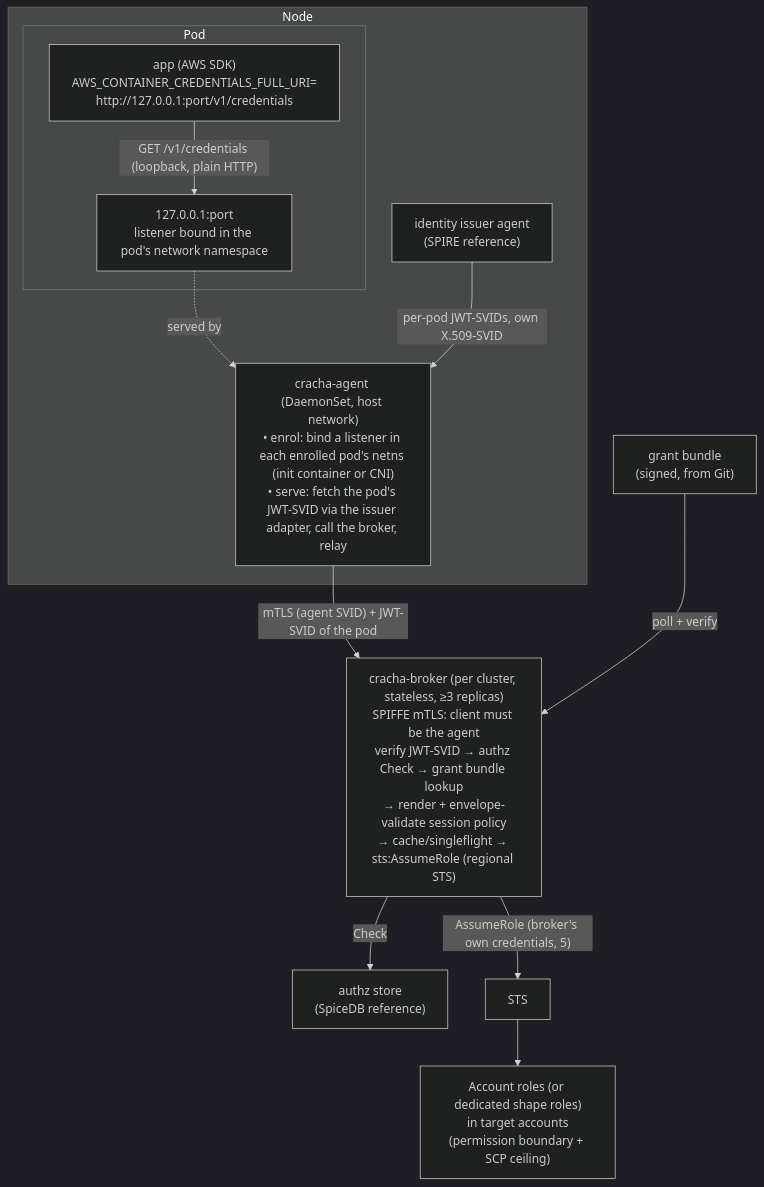
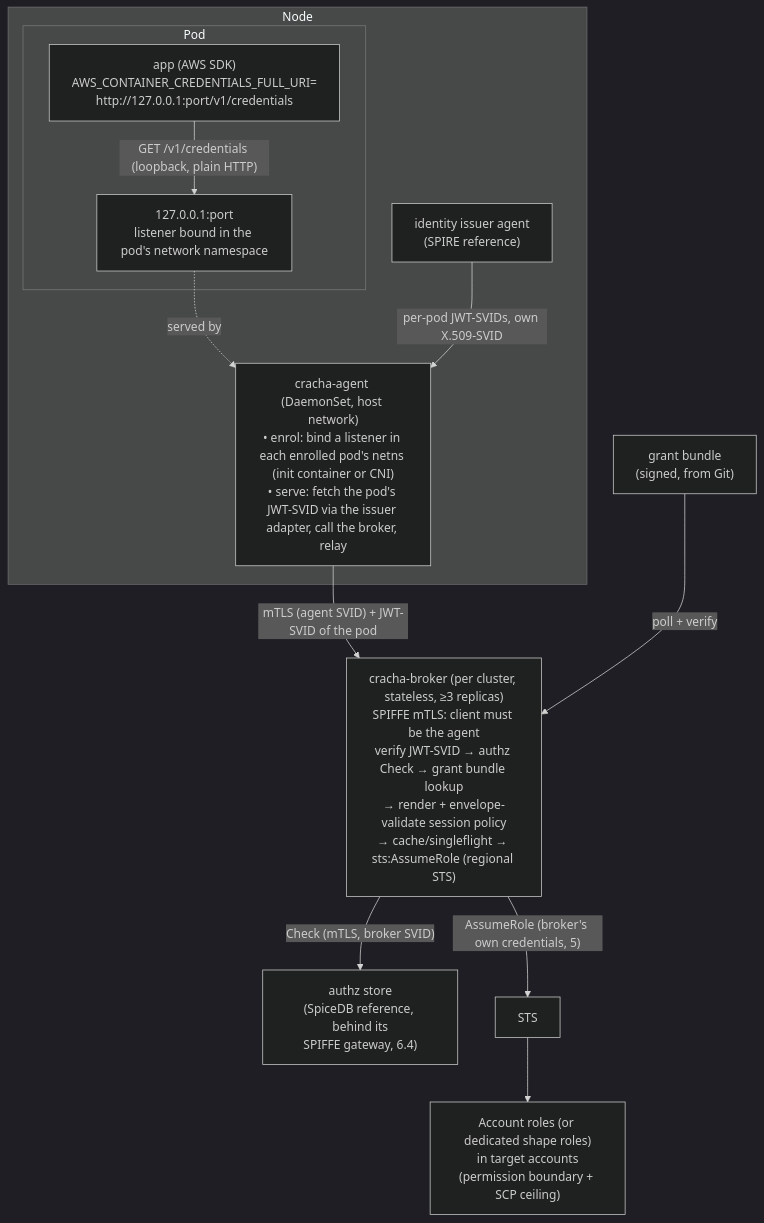
One commit to bpalermo/cracha changed the first of 2 diagrams in docs/design.md. Above: the diagram before and after it, drawn with Mermaid (dark theme). The commit also changed other lines of this file and 76 other files, not shown here.

First line of the commit message:
SpiceDB behind a SPIFFE mTLS gateway authorizing by SPIFFE ID and gRPC method (#57)

````diff
--- a/docs/design.md
+++ b/docs/design.md
@@ -41,24 +41,24 @@
 ```mermaid
 flowchart TB
     subgraph k8snode["Node"]
         subgraph pod["Pod"]
             app["app (AWS SDK)<br/>AWS_CONTAINER_CREDENTIALS_FULL_URI=<br/>http://127.0.0.1:port/v1/credentials"]
             lo["127.0.0.1:port<br/>listener bound in the pod's network namespace"]
             app -->|"GET /v1/credentials (loopback, plain HTTP)"| lo
         end
         agent["cracha-agent (DaemonSet, host network)<br/>• enrol: bind a listener in each enrolled pod's netns (init container or CNI)<br/>• serve: fetch the pod's JWT-SVID via the issuer adapter, call the broker, relay"]
         issuer["identity issuer agent<br/>(SPIRE reference)"]
         lo -.->|"served by"| agent
         issuer -->|"per-pod JWT-SVIDs, own X.509-SVID"| agent
     end
     broker["cracha-broker (per cluster, stateless, ≥3 replicas)<br/>SPIFFE mTLS: client must be the agent<br/>verify JWT-SVID → authz Check → grant bundle lookup<br/>→ render + envelope-validate session policy<br/>→ cache/singleflight → sts:AssumeRole (regional STS)"]
-    authz["authz store<br/>(SpiceDB reference)"]
+    authz["authz store<br/>(SpiceDB reference, behind its<br/>SPIFFE gateway, 6.4)"]
     bundle["grant bundle<br/>(signed, from Git)"]
     sts["STS"]
     shapes["Account roles (or dedicated shape roles)<br/>in target accounts<br/>(permission boundary + SCP ceiling)"]
     agent -->|"mTLS (agent SVID) + JWT-SVID of the pod"| broker
-    broker -->|Check| authz
+    broker -->|"Check (mTLS, broker SVID)"| authz
     bundle -->|poll + verify| broker
     broker -->|"AssumeRole (broker's own credentials, 5)"| sts
     sts --> shapes
 ```
````
